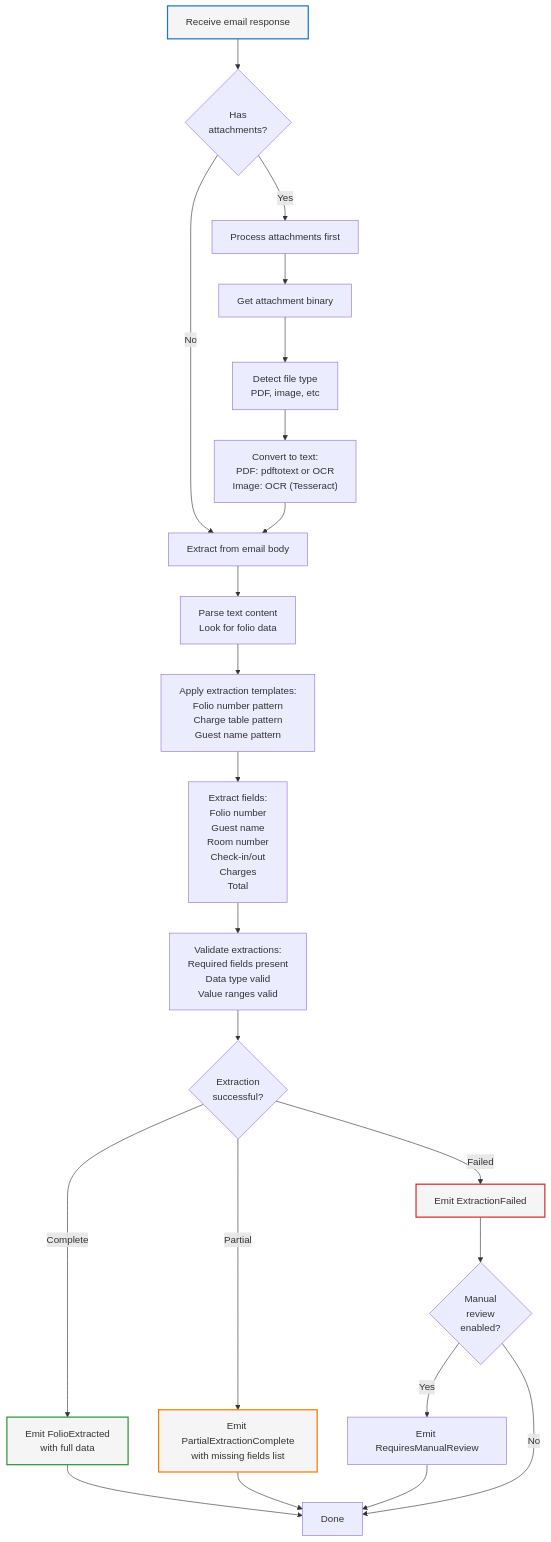
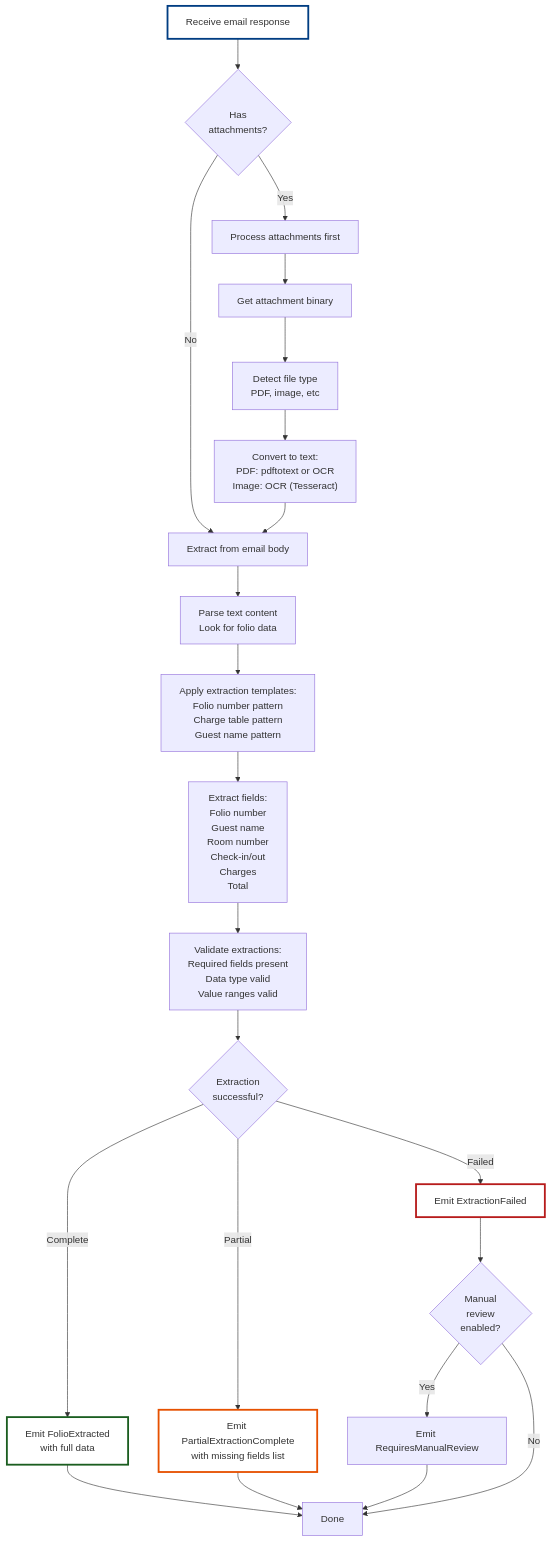
One commit to Org-for-Folio-AI/FolioAISpecs changed the diagram in design/components/08-Data-Extractor.md. Above: the diagram before and after it, drawn with Mermaid. The commit also changed 11 other files, not shown here.

First line of the commit message:
Improve mermaid diagrams: increase font size, darker colors, thicker strokes

````diff
--- a/design/components/08-Data-Extractor.md
+++ b/design/components/08-Data-Extractor.md
@@ -56,41 +56,42 @@
 ```mermaid
+%%{init: {'fontSize': 18, 'fontFamily': 'arial'}}%%
 flowchart TD
     Start["Receive email response"] --> CheckContent{Has<br/>attachments?}
 
     CheckContent -->|No| ExtractText["Extract from email body"]
     CheckContent -->|Yes| ProcessAttach["Process attachments first"]
 
     ProcessAttach --> GetAttach["Get attachment binary"]
     GetAttach --> DetectType["Detect file type<br/>PDF, image, etc"]
 
     DetectType --> ConvertToText["Convert to text:<br/>PDF: pdftotext or OCR<br/>Image: OCR (Tesseract)"]
 
     ConvertToText --> ExtractText
 
     ExtractText --> ParseText["Parse text content<br/>Look for folio data"]
 
     ParseText --> TemplateMatch["Apply extraction templates:<br/>Folio number pattern<br/>Charge table pattern<br/>Guest name pattern"]
 
     TemplateMatch --> ExtractFields["Extract fields:<br/>Folio number<br/>Guest name<br/>Room number<br/>Check-in/out<br/>Charges<br/>Total"]
 
     ExtractFields --> Validate["Validate extractions:<br/>Required fields present<br/>Data type valid<br/>Value ranges valid"]
 
     Validate --> Valid{Extraction<br/>successful?}
 
     Valid -->|Complete| Success["Emit FolioExtracted<br/>with full data"]
     Valid -->|Partial| Partial["Emit PartialExtractionComplete<br/>with missing fields list"]
     Valid -->|Failed| Failed["Emit ExtractionFailed"]
 
     Failed --> Fallback{Manual<br/>review<br/>enabled?}
     Fallback -->|Yes| Manual["Emit RequiresManualReview"]
     Fallback -->|No| Done
 
     Success --> Done["Done"]
     Partial --> Done
     Manual --> Done
 
-    style Start stroke:#1976d2,fill:#f5f5f5,stroke-width:2px
-    style Success stroke:#388e3c,fill:#f5f5f5,stroke-width:2px
-    style Partial stroke:#f57c00,fill:#f5f5f5,stroke-width:2px
-    style Failed stroke:#d32f2f,fill:#f5f5f5,stroke-width:2px
+    style Start stroke:#003d82,fill:#ffffff,stroke-width:3px,font-size:16px
+    style Success stroke:#1b5e20,fill:#ffffff,stroke-width:3px,font-size:16px
+    style Partial stroke:#e65100,fill:#ffffff,stroke-width:3px,font-size:16px
+    style Failed stroke:#b71c1c,fill:#ffffff,stroke-width:3px,font-size:16px
 ```
````
